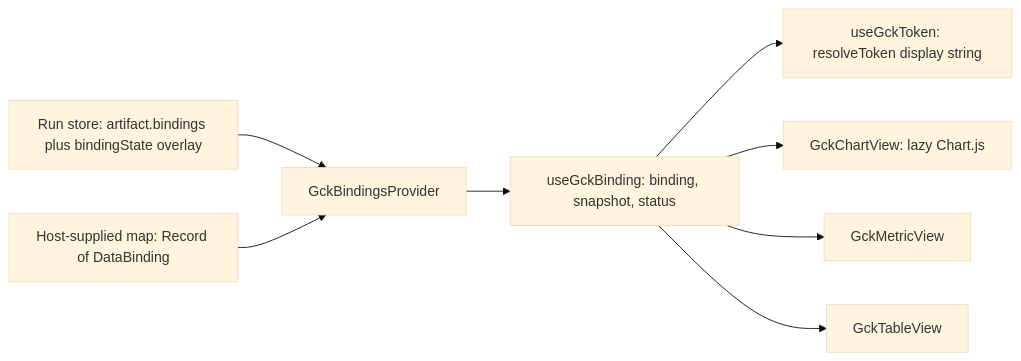
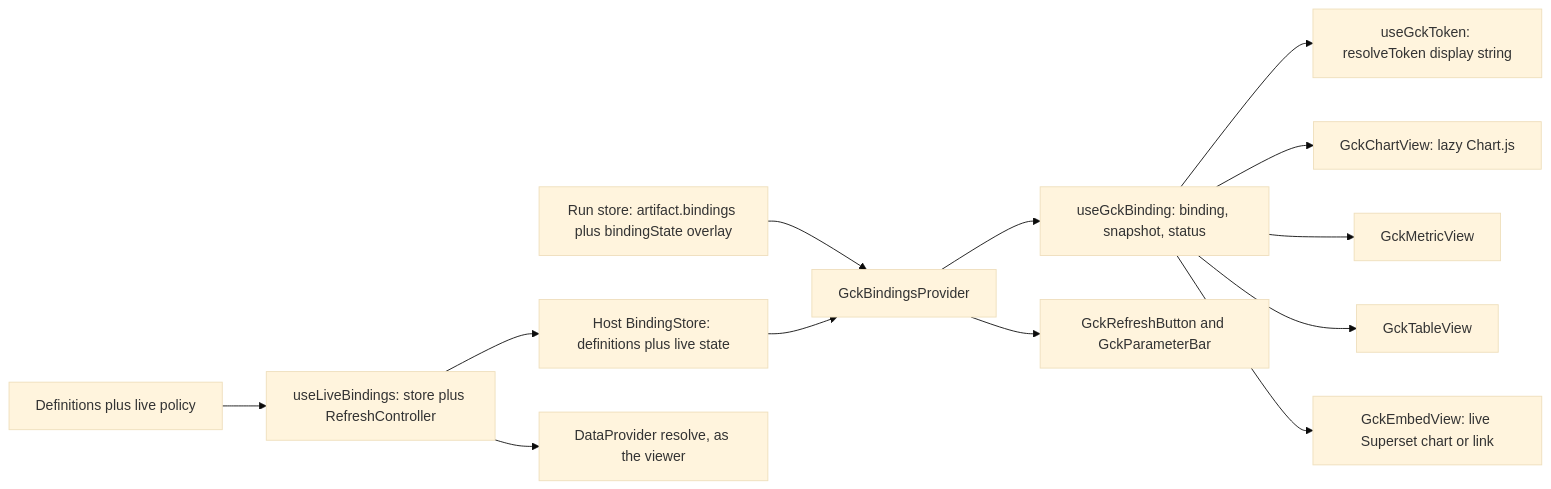
The third of 3 diagrams in tutorial/content/ai-component/64-react-sdk-and-ui-kit.md (debnathSD/presenton-os), drawn with Mermaid (base theme) before and after one commit. The commit also changed other lines of this file and 12 other files, not shown here.

First line of the commit message:
docs: make every GCK target use live Superset data

````diff
--- a/tutorial/content/ai-component/64-react-sdk-and-ui-kit.md
+++ b/tutorial/content/ai-component/64-react-sdk-and-ui-kit.md
@@ -1580,10 +1925,15 @@
 ```mermaid
 flowchart LR
     RS["Run store: artifact.bindings plus bindingState overlay"] --> BP["GckBindingsProvider"]
-    HM["Host-supplied map: Record of DataBinding"] --> BP
+    HS["Host BindingStore: definitions plus live state"] --> BP
+    DEF["Definitions plus live policy"] --> UL["useLiveBindings: store plus RefreshController"]
+    UL --> HS
+    UL --> DP["DataProvider resolve, as the viewer"]
     BP --> UB["useGckBinding: binding, snapshot, status"]
     UB --> TK["useGckToken: resolveToken display string"]
     UB --> CV["GckChartView: lazy Chart.js"]
     UB --> MV["GckMetricView"]
     UB --> TV["GckTableView"]
+    UB --> EV["GckEmbedView: live Superset chart or link"]
+    BP --> RB["GckRefreshButton and GckParameterBar"]
 ```
````
